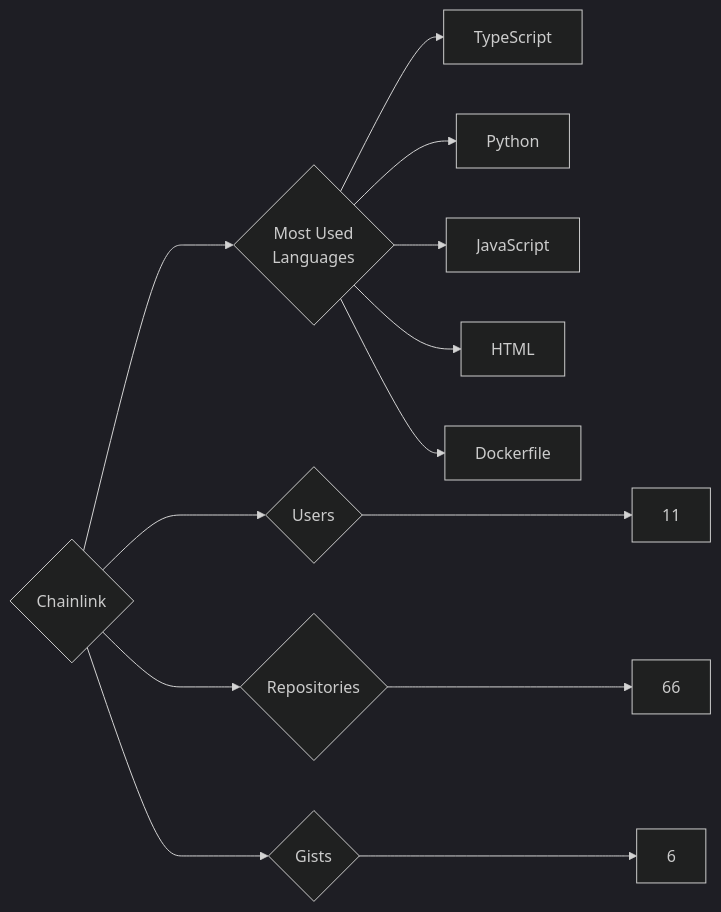
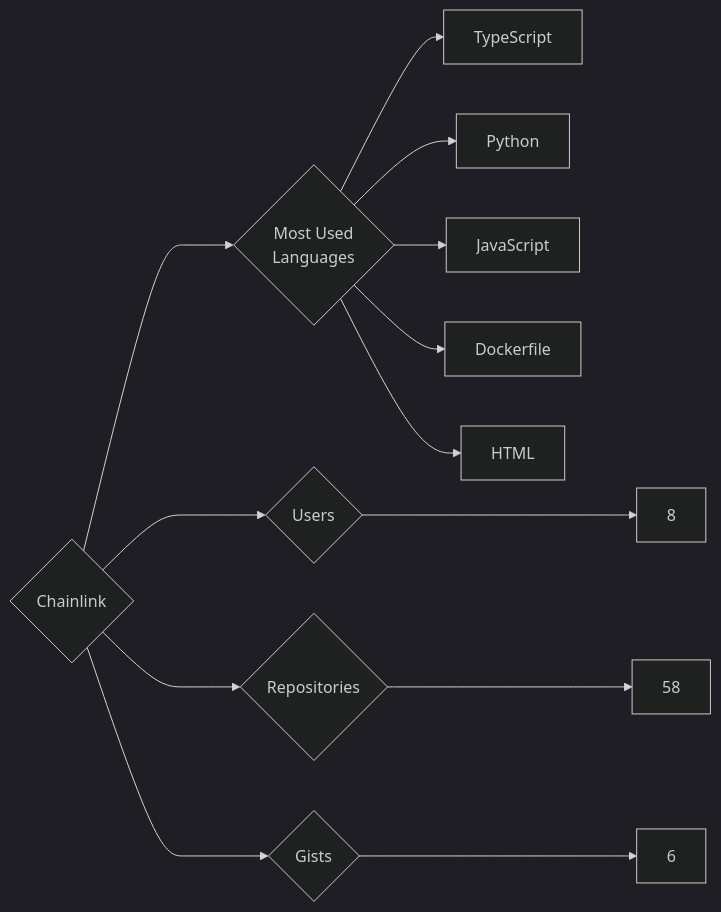
The diagram in targets/Chainlink/README.md (trickest/insiders), drawn with Mermaid (dark theme) before and after one commit. The commit also changed 997 other files, not shown here.

````diff
--- a/targets/Chainlink/README.md
+++ b/targets/Chainlink/README.md
@@ -3,13 +3,13 @@
 ```mermaid
 graph LR
 COMPANY_NAME{Chainlink}
-COMPANY_NAME ---> U{Users} ---> UN[11]
-COMPANY_NAME ---> R{Repositories} ---> RN[66]
+COMPANY_NAME ---> U{Users} ---> UN[8]
+COMPANY_NAME ---> R{Repositories} ---> RN[58]
 COMPANY_NAME ---> G{Gists} ---> GN[6]
 COMPANY_NAME ---> ML{Most Used<br>Languages}
 ML --> TypeScript[TypeScript]
 ML --> Python[Python]
 ML --> JavaScript[JavaScript]
+ML --> Dockerfile[Dockerfile]
 ML --> HTML[HTML]
-ML --> Dockerfile[Dockerfile]
 ```
````
